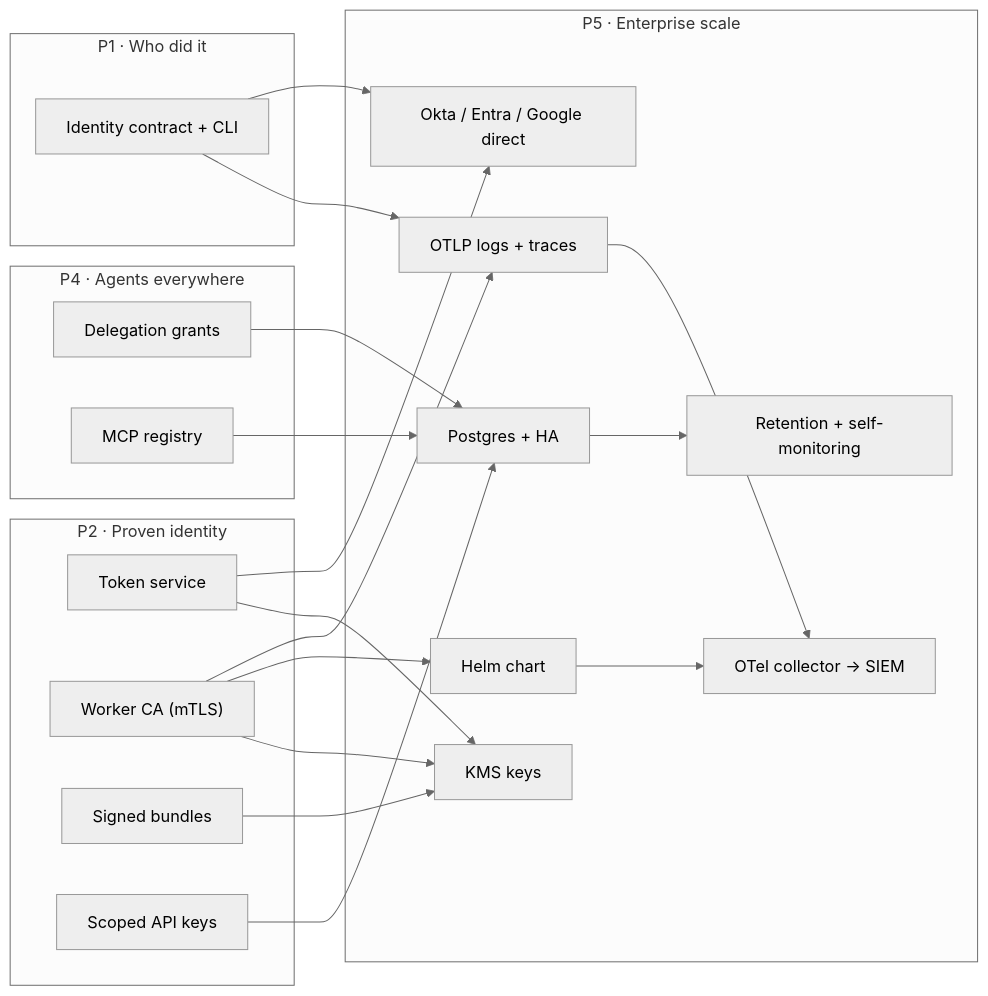
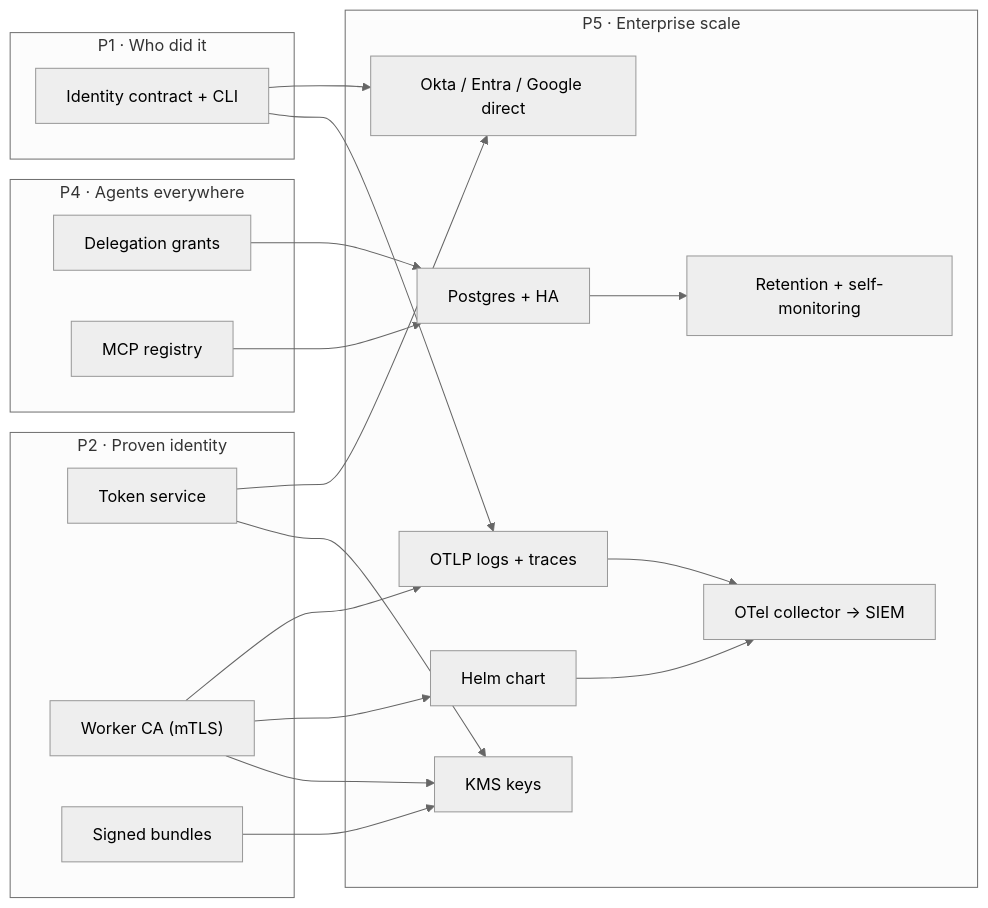
One commit to ethosagent/warden changed the fifth of 5 diagrams in docs/roadmap/README.md. Above: the diagram before and after it, drawn with Mermaid (neutral theme). The commit also changed other lines of this file and 26 other files, not shown here.

First line of the commit message:
docs(roadmap): review Phase 3 tickets with requirements, plans and acceptance

````diff
--- a/docs/roadmap/README.md
+++ b/docs/roadmap/README.md
@@ -262,39 +263,37 @@
 ```mermaid
 flowchart LR
   subgraph ph1["P1 · Who did it"]
     p1_identity_contract["Identity contract + CLI"]
   end
   subgraph ph2["P2 · Proven identity"]
     p2_token_service["Token service"]
     p2_worker_ca["Worker CA (mTLS)"]
     p2_signed_bundles["Signed bundles"]
-    p2_api_keys["Scoped API keys"]
   end
   subgraph ph4["P4 · Agents everywhere"]
     p4_grants["Delegation grants"]
     p4_mcp_registry["MCP registry"]
   end
   subgraph ph5["P5 · Enterprise scale"]
     p5_idp_adapters["Okta / Entra / Google direct"]
     p5_postgres_ha["Postgres + HA"]
     p5_otlp["OTLP logs + traces"]
     p5_helm["Helm chart"]
     p5_kms["KMS keys"]
     p5_retention["Retention + self-monitoring"]
     p5_siem["OTel collector → SIEM"]
   end
   p1_identity_contract --> p5_idp_adapters
   p2_token_service --> p5_idp_adapters
-  p2_api_keys --> p5_postgres_ha
   p4_grants --> p5_postgres_ha
   p4_mcp_registry --> p5_postgres_ha
   p1_identity_contract --> p5_otlp
   p2_worker_ca --> p5_otlp
   p2_worker_ca --> p5_helm
   p2_worker_ca --> p5_kms
   p2_signed_bundles --> p5_kms
   p2_token_service --> p5_kms
   p5_postgres_ha --> p5_retention
   p5_otlp --> p5_siem
   p5_helm --> p5_siem
 ```
````
